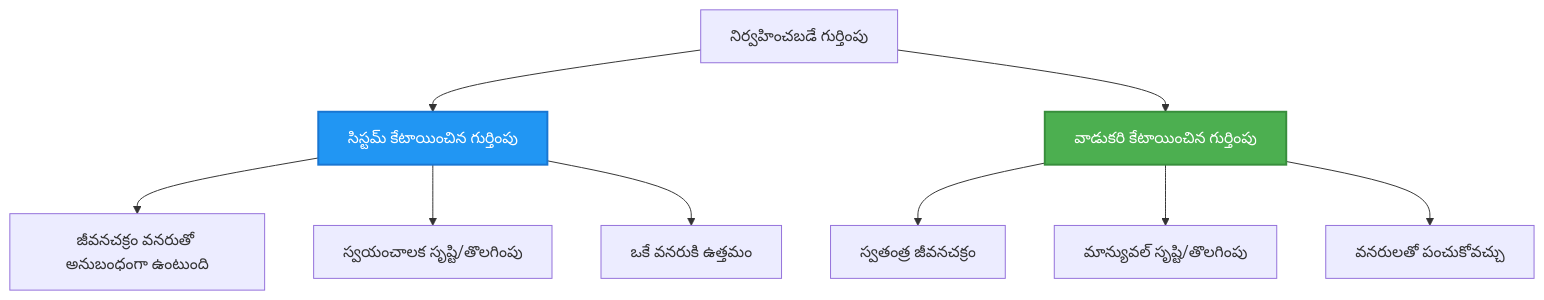
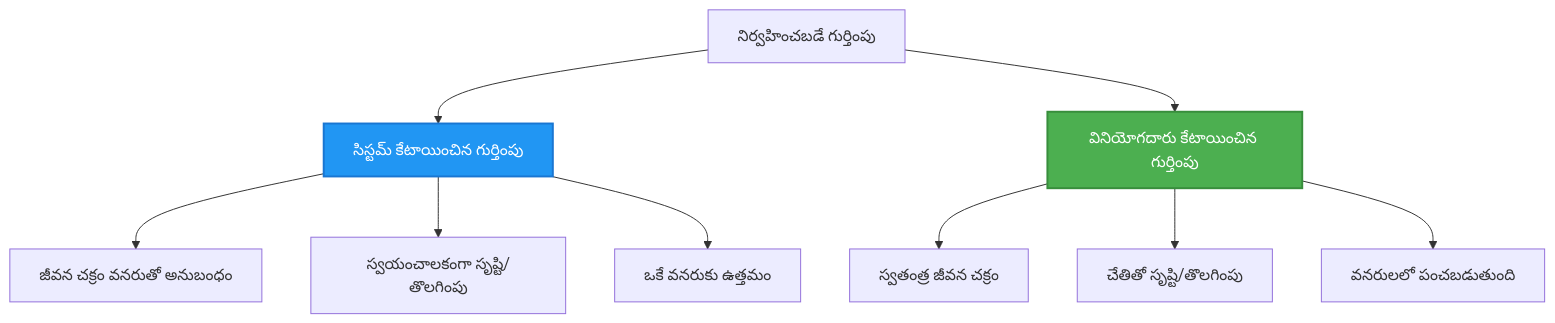
The second of 2 diagrams in translations/te/docs/chapter-03-configuration/authsecurity.md (microsoft/AZD-for-beginners), drawn with Mermaid before and after one commit. The commit also changed other lines of this file and 102 other files, not shown here.

````diff
--- a/translations/te/docs/chapter-03-configuration/authsecurity.md
+++ b/translations/te/docs/chapter-03-configuration/authsecurity.md
@@ -97,20 +97,20 @@
 ```mermaid
 graph TB
     MI[నిర్వహించబడే గుర్తింపు]
     SystemAssigned[సిస్టమ్ కేటాయించిన గుర్తింపు]
-    UserAssigned[వాడుకరి కేటాయించిన గుర్తింపు]
+    UserAssigned[వినియోగదారు కేటాయించిన గుర్తింపు]
     
     MI --> SystemAssigned
     MI --> UserAssigned
     
-    SystemAssigned --> SA1[జీవనచక్రం వనరుతో అనుబంధంగా ఉంటుంది]
-    SystemAssigned --> SA2[స్వయంచాలక సృష్టి/తొలగింపు]
-    SystemAssigned --> SA3[ఒకే వనరుకి ఉత్తమం]
+    SystemAssigned --> SA1[జీవన చక్రం వనరుతో అనుబంధం]
+    SystemAssigned --> SA2[స్వయంచాలకంగా సృష్టి/తొలగింపు]
+    SystemAssigned --> SA3[ఒకే వనరుకు ఉత్తమం]
     
-    UserAssigned --> UA1[స్వతంత్ర జీవనచక్రం]
-    UserAssigned --> UA2[మాన్యువల్ సృష్టి/తొలగింపు]
-    UserAssigned --> UA3[వనరులతో పంచుకోవచ్చు]
+    UserAssigned --> UA1[స్వతంత్ర జీవన చక్రం]
+    UserAssigned --> UA2[చేతితో సృష్టి/తొలగింపు]
+    UserAssigned --> UA3[వనరులలో పంచబడుతుంది]
     
     style SystemAssigned fill:#2196F3,stroke:#1976D2,stroke-width:2px,color:#fff
     style UserAssigned fill:#4CAF50,stroke:#388E3C,stroke-width:2px,color:#fff
 ```
````
